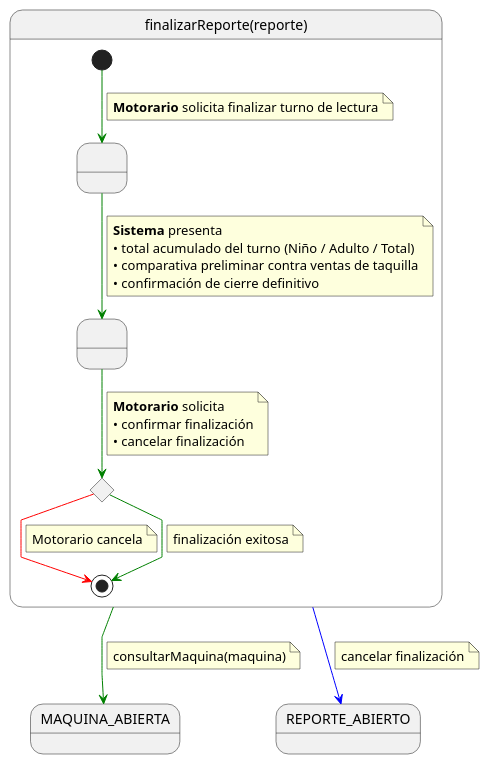
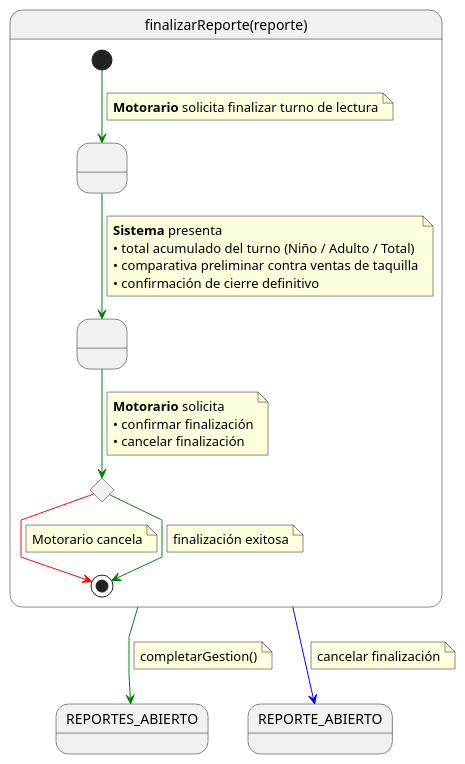
One commit to aeRomeroz/pyTicketing changed the diagram in UML/00-requisitos/01-actores-casosDeUso/01-casosDeUso/Motorario/finalizarReporte.puml. Above: the diagram before and after it, drawn with PlantUML. The commit also changed 9 other files, not shown here.

Commit message:
refactor(diagramas): estandarizar casos de uso de Motorario y flujo de reportes

```diff
--- a/UML/00-requisitos/01-actores-casosDeUso/01-casosDeUso/Motorario/finalizarReporte.puml
+++ b/UML/00-requisitos/01-actores-casosDeUso/01-casosDeUso/Motorario/finalizarReporte.puml
@@ -1,52 +1,52 @@
 @startuml CU31_FinalizarReporte
 
 skinparam linetype polyline
 
 state finalizarReporte as "finalizarReporte(reporte)" {
 
     state " " as RequiringClosure
     state " " as ProvidingConfirmation
     state c <<choice>>
 
     [*] -[#green]-> RequiringClosure
     note on link
     <b>Motorario</b> solicita finalizar turno de lectura
     end note
 
     RequiringClosure -[#green]-> ProvidingConfirmation
     note on link
     <b>Sistema</b> presenta
     • total acumulado del turno (Niño / Adulto / Total)
     • comparativa preliminar contra ventas de taquilla
     • confirmación de cierre definitivo
     end note
 
     ProvidingConfirmation -[#green]-> c
     note on link
     <b>Motorario</b> solicita
     • confirmar finalización
     • cancelar finalización
     end note
 
     c -[#red]-> [*]
     note on link
     Motorario cancela
     end note
 
     c -[#green]-> [*]
     note on link
     finalización exitosa
     end note
 }
 
-finalizarReporte -[#green]-> MAQUINA_ABIERTA
+finalizarReporte -[#green]-> REPORTES_ABIERTO
 note on link
-consultarMaquina(maquina)
+completarGestion()
 end note
 
 finalizarReporte -[#blue]-> REPORTE_ABIERTO
 note on link
 cancelar finalización
 end note
 
 @enduml
```
